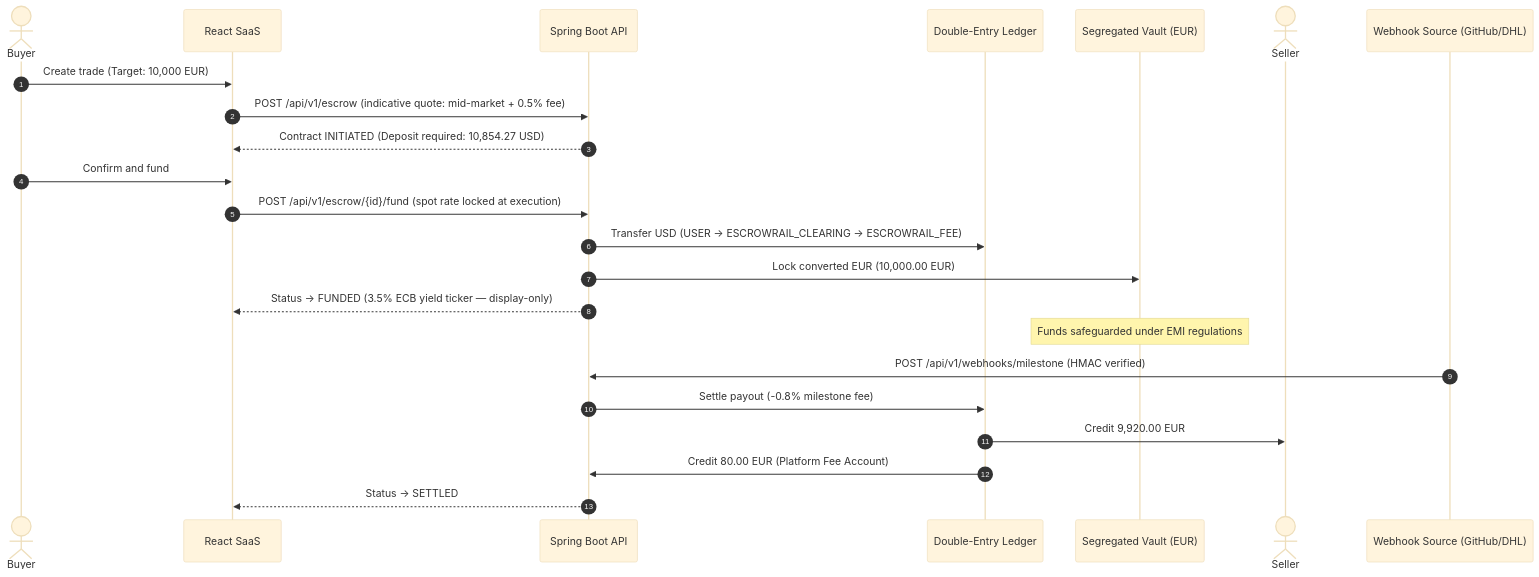
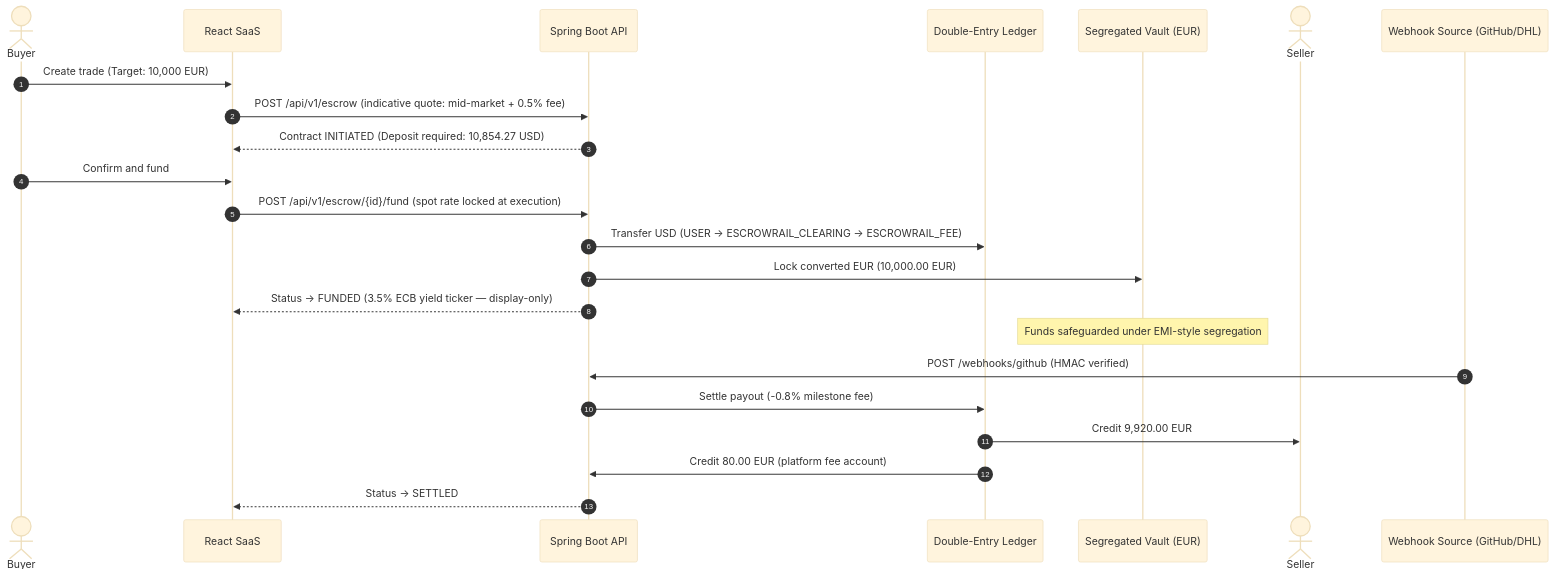
One commit to unnobatroo/escrowrail changed the diagram in docs/wiki/Home.md. Above: the diagram before and after it, drawn with Mermaid (base theme). The commit also changed other lines of this file and 7 other files, not shown here.

````diff
--- a/docs/wiki/Home.md
+++ b/docs/wiki/Home.md
@@ -15,26 +43,26 @@
 ```mermaid
 sequenceDiagram
     autonumber
     actor Buyer
     participant UI as React SaaS
     participant API as Spring Boot API
     participant Ledger as Double-Entry Ledger
     participant Vault as Segregated Vault (EUR)
     actor Seller
     participant Ingress as Webhook Source (GitHub/DHL)
 
     Buyer->>UI: Create trade (Target: 10,000 EUR)
     UI->>API: POST /api/v1/escrow (indicative quote: mid-market + 0.5% fee)
     API-->>UI: Contract INITIATED (Deposit required: 10,854.27 USD)
     Buyer->>UI: Confirm and fund
     UI->>API: POST /api/v1/escrow/{id}/fund (spot rate locked at execution)
     API->>Ledger: Transfer USD (USER -> ESCROWRAIL_CLEARING -> ESCROWRAIL_FEE)
     API->>Vault: Lock converted EUR (10,000.00 EUR)
     API-->>UI: Status -> FUNDED (3.5% ECB yield ticker — display-only)
-    Note over Vault: Funds safeguarded under EMI regulations
-    Ingress->>API: POST /api/v1/webhooks/milestone (HMAC verified)
+    Note over Vault: Funds safeguarded under EMI-style segregation
+    Ingress->>API: POST /webhooks/github (HMAC verified)
     API->>Ledger: Settle payout (-0.8% milestone fee)
     Ledger->>Seller: Credit 9,920.00 EUR
-    Ledger->>API: Credit 80.00 EUR (Platform Fee Account)
+    Ledger->>API: Credit 80.00 EUR (platform fee account)
     API-->>UI: Status -> SETTLED
 ```
````
